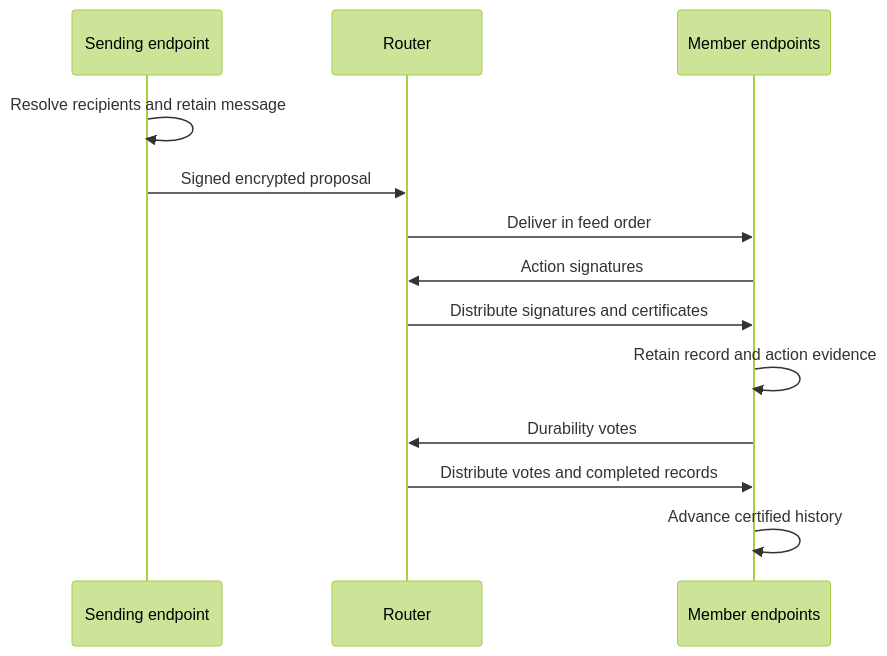
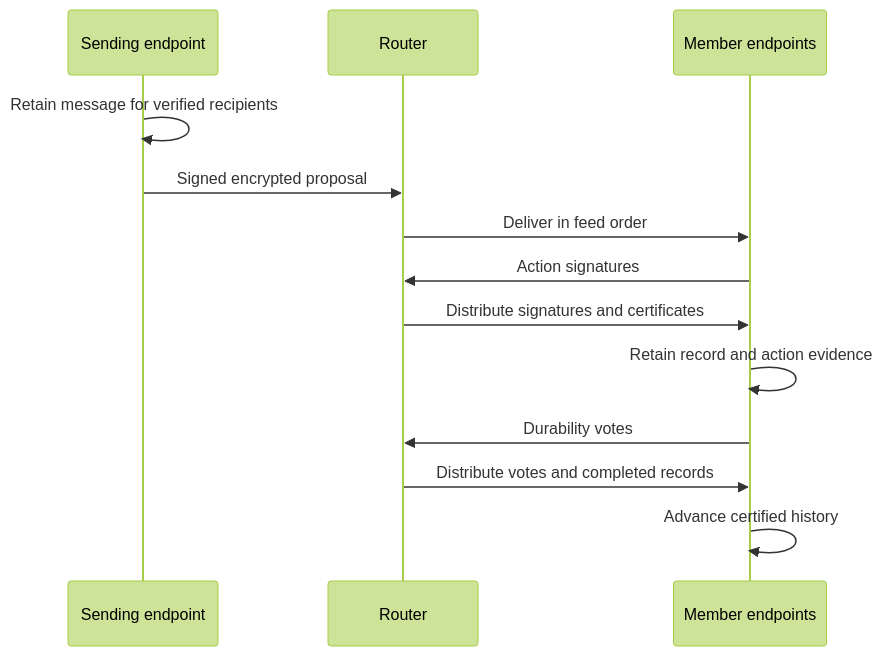
One commit to social-harness/moltzap changed the diagram in docs/reference/spec/communication/protocol.md. Above: the diagram before and after it, drawn with Mermaid (forest theme). The commit also changed other lines of this file and 25 other files, not shown here.

````diff
--- a/docs/reference/spec/communication/protocol.md
+++ b/docs/reference/spec/communication/protocol.md
@@ -15,15 +19,15 @@
 ```mermaid
 sequenceDiagram
   participant A as Sending endpoint
   participant R as Router
   participant M as Member endpoints
-  A->>A: Resolve recipients and retain message
+  A->>A: Retain message for verified recipients
   A->>R: Signed encrypted proposal
   R->>M: Deliver in feed order
   M->>R: Action signatures
   R->>M: Distribute signatures and certificates
   M->>M: Retain record and action evidence
   M->>R: Durability votes
   R->>M: Distribute votes and completed records
   M->>M: Advance certified history
 ```
````
